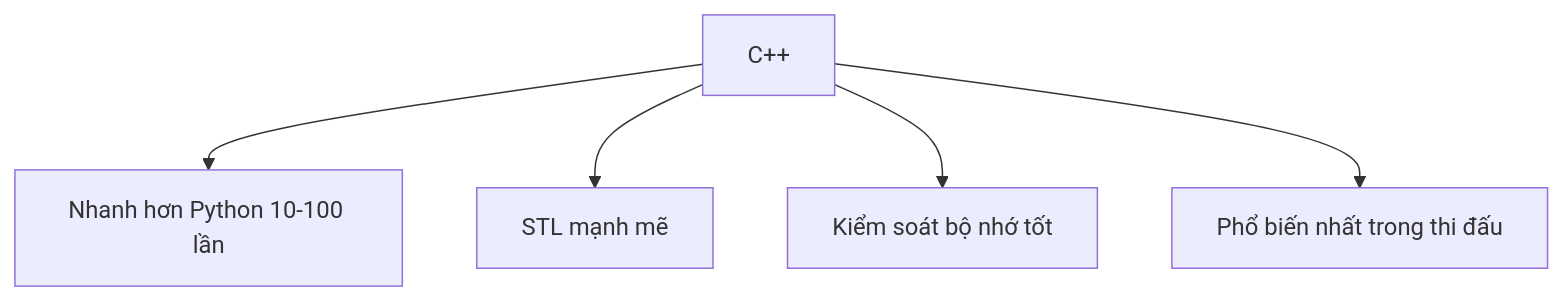
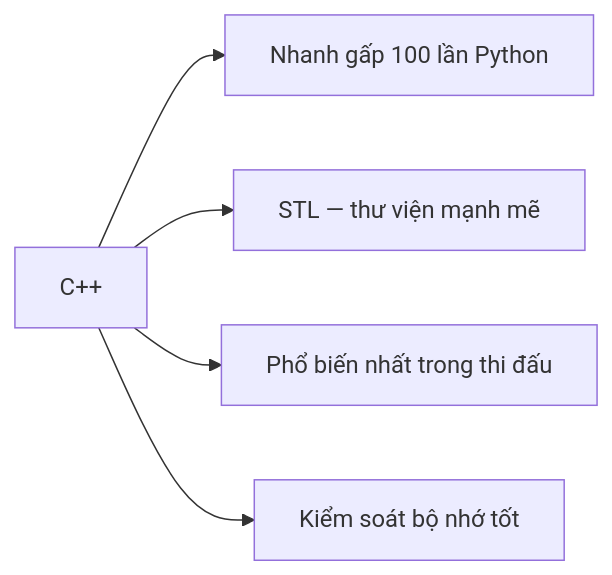
The diagram in docs/coding/cpp/C01-tai-sao-cpp.md (FPTOJ-OJ/fptoj_wiki), drawn with Mermaid before and after one commit. The commit also changed other lines of this file and 25 other files, not shown here.

````diff
--- a/docs/coding/cpp/C01-tai-sao-cpp.md
+++ b/docs/coding/cpp/C01-tai-sao-cpp.md
@@ -12,7 +21,7 @@
 ```mermaid
-flowchart TD
-    A["C++"] --> B["Nhanh hơn Python 10-100 lần"]
-    A --> C["STL mạnh mẽ"]
-    A --> D["Kiểm soát bộ nhớ tốt"]
-    A --> E["Phổ biến nhất trong thi đấu"]
+flowchart LR
+    A["C++"] --> B["Nhanh gấp 100 lần Python"]
+    A --> C["STL — thư viện mạnh mẽ"]
+    A --> D["Phổ biến nhất trong thi đấu"]
+    A --> E["Kiểm soát bộ nhớ tốt"]
 ```
````
